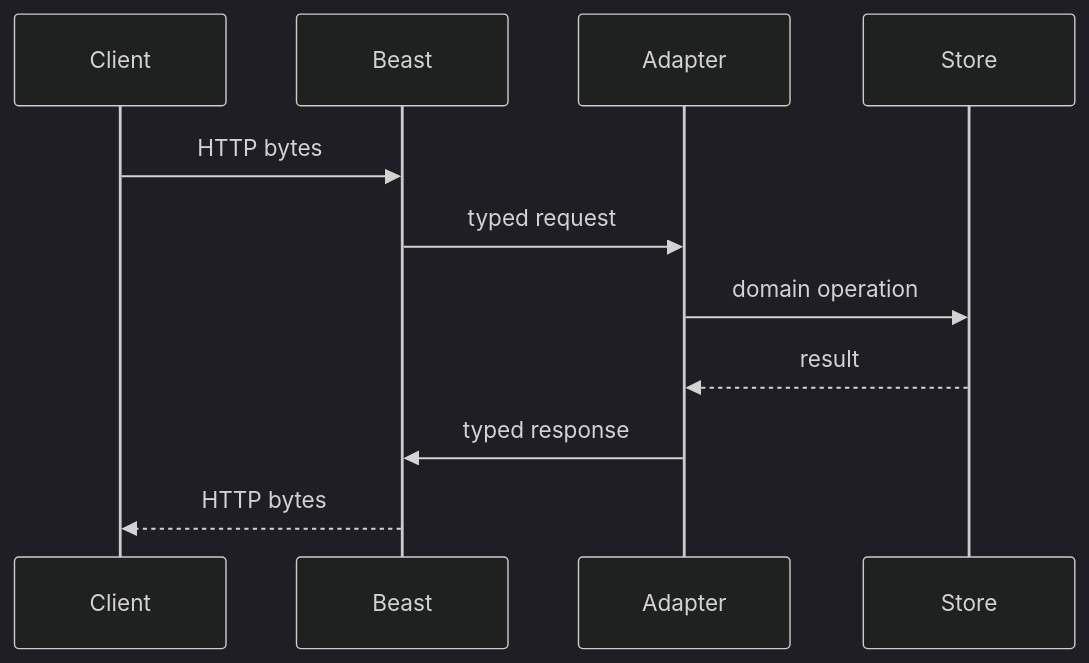
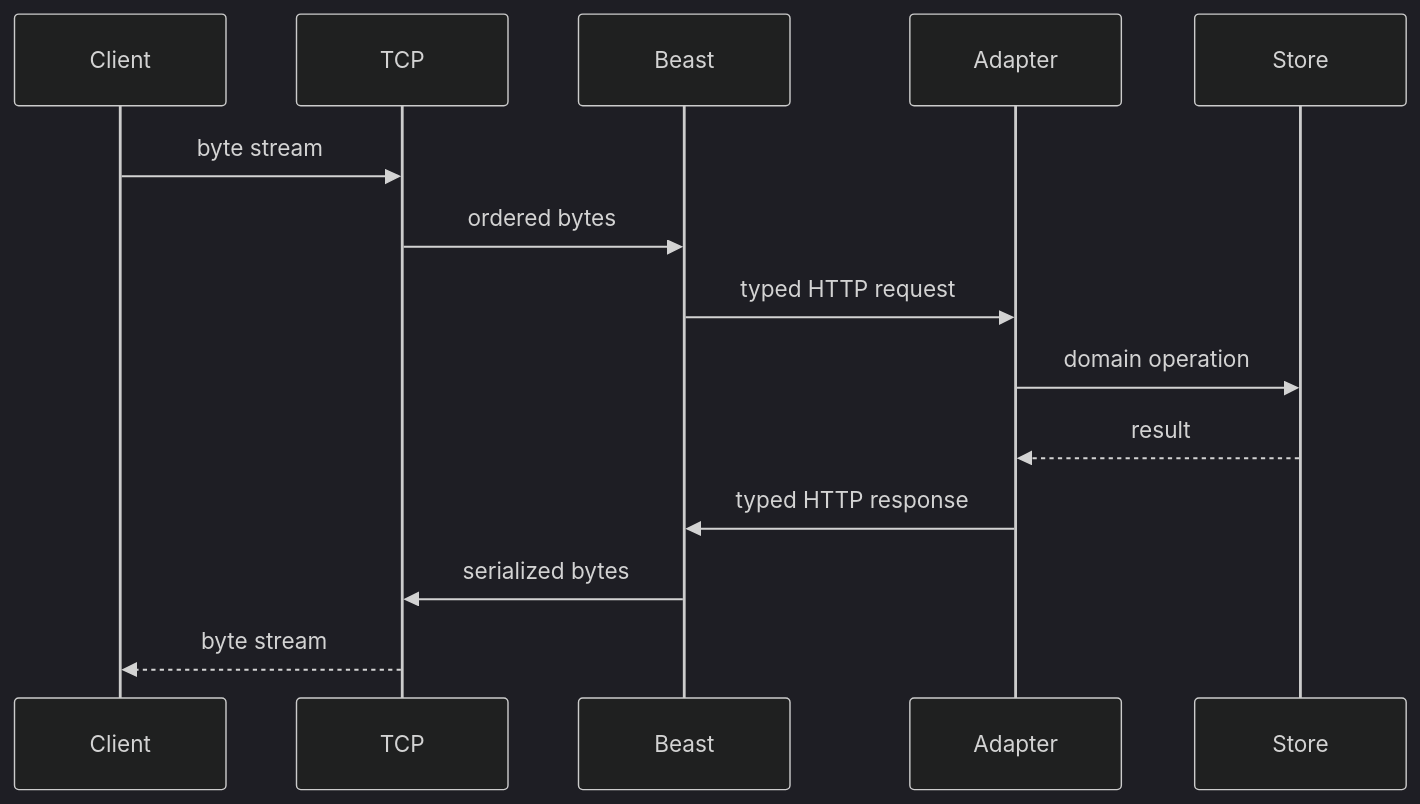
The diagram in docs/PROTOCOLS_VI.md (blackmyth-dev/mini-redis-cpp), drawn with Mermaid (dark theme) before and after one commit. The commit also changed other lines of this file and 3 other files, not shown here.

````diff
--- a/docs/PROTOCOLS_VI.md
+++ b/docs/PROTOCOLS_VI.md
@@ -37,13 +286,16 @@
 ```mermaid
 sequenceDiagram
     participant Client
+    participant TCP
     participant Beast
     participant Adapter
     participant Store
-    Client->>Beast: HTTP bytes
-    Beast->>Adapter: typed request
+    Client->>TCP: byte stream
+    TCP->>Beast: ordered bytes
+    Beast->>Adapter: typed HTTP request
     Adapter->>Store: domain operation
     Store-->>Adapter: result
-    Adapter->>Beast: typed response
-    Beast-->>Client: HTTP bytes
+    Adapter->>Beast: typed HTTP response
+    Beast->>TCP: serialized bytes
+    TCP-->>Client: byte stream
 ```
````
